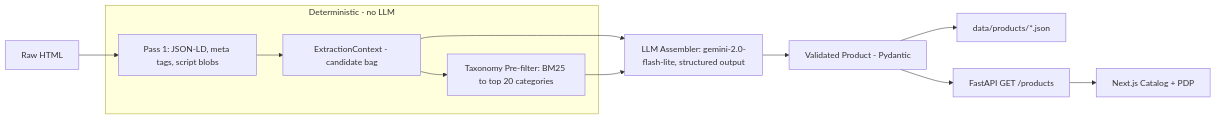
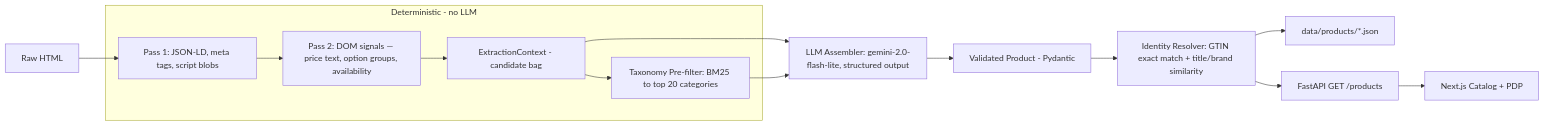
One commit to ryancocuzzo/take-home-2026 changed the diagram in README.md. Above: the diagram before and after it, drawn with Mermaid. The commit also changed other lines of this file, not shown here.

Commit message:
update readme to include pass 2 dom extraction and post-llm de-dup

````diff
--- a/README.md
+++ b/README.md
@@ -28,20 +28,23 @@
 ```mermaid
 flowchart LR
     HTML["Raw HTML"]
 
     subgraph extract ["Deterministic - no LLM"]
         Pass1["Pass 1: JSON-LD, meta tags, script blobs"]
-        Pass1 --> Context["ExtractionContext - candidate bag"]
+        Pass2["Pass 2: DOM signals — price text, option groups, availability"]
+        Pass1 --> Pass2
+        Pass2 --> Context["ExtractionContext - candidate bag"]
         Context --> BM25["Taxonomy Pre-filter: BM25 to top 20 categories"]
     end
 
     HTML --> Pass1
     Context --> Assembler["LLM Assembler: gemini-2.0-flash-lite, structured output"]
     BM25 --> Assembler
 
     Assembler --> Product["Validated Product - Pydantic"]
 
-    Product --> JsonFiles["data/products/*.json"]
-    Product --> RestAPI["FastAPI GET /products"]
+    Product --> Identity["Identity Resolver: GTIN exact match + title/brand similarity"]
+    Identity --> JsonFiles["data/products/*.json"]
+    Identity --> RestAPI["FastAPI GET /products"]
     RestAPI --> UI["Next.js Catalog + PDP"]
 ```
````
